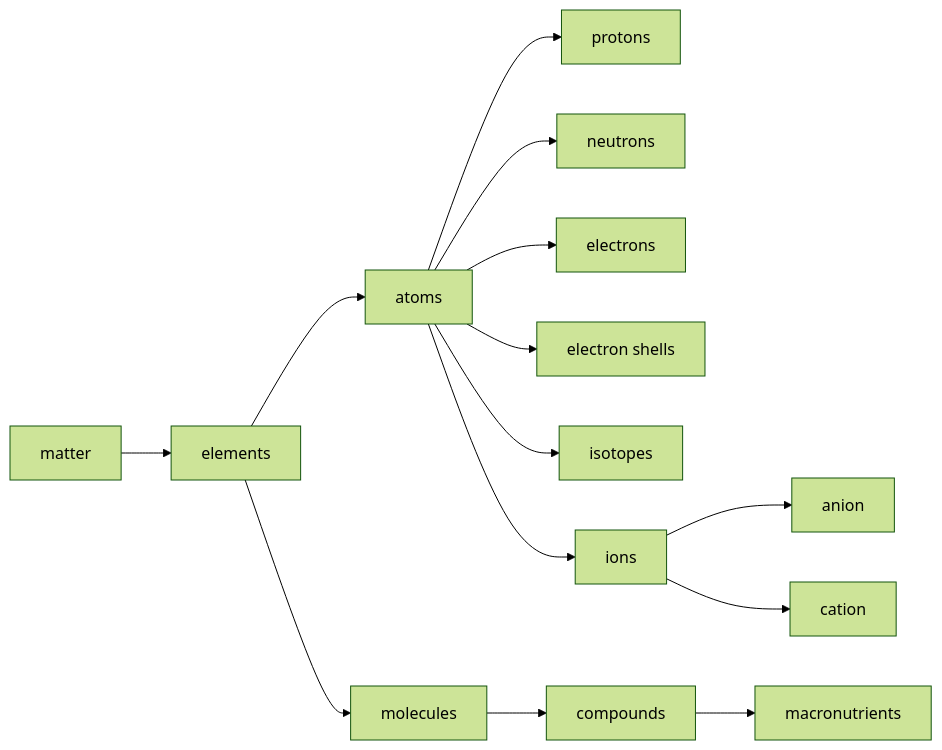
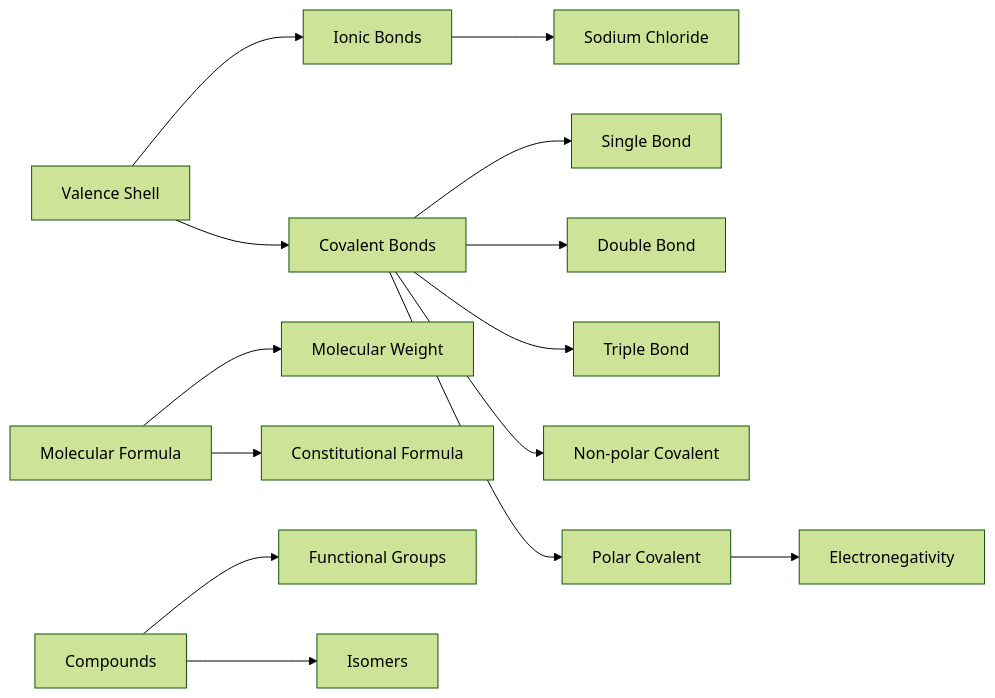
Before and after one commit to shosho-chang/nakama: the third of 13 diagrams in tests/fixtures/golden/bse-ch3-expected/bse-ch3.md, drawn with Mermaid (forest theme). The commit also changed other lines of this file and 150 other files, not shown here.

````diff
--- a/tests/fixtures/golden/bse-ch3-expected/bse-ch3.md
+++ b/tests/fixtures/golden/bse-ch3-expected/bse-ch3.md
@@ -953,16 +972,16 @@
 ```mermaid
 flowchart LR
-  A[matter] --> B[elements]
-  B --> C[atoms]
-  C --> D[protons]
-  C --> E[neutrons]
-  C --> F[electrons]
-  C --> G[electron shells]
-  C --> H[isotopes]
-  C --> I[ions]
-  I --> J[anion]
-  I --> K[cation]
-  B --> L[molecules]
-  L --> M[compounds]
-  M --> N[macronutrients]
+  ValenceShell[Valence Shell] --> IonicBonds[Ionic Bonds]
+  ValenceShell --> CovalentBonds[Covalent Bonds]
+  IonicBonds --> NaCl[Sodium Chloride]
+  CovalentBonds --> Single[Single Bond]
+  CovalentBonds --> Double[Double Bond]
+  CovalentBonds --> Triple[Triple Bond]
+  CovalentBonds --> NonPolar[Non-polar Covalent]
+  CovalentBonds --> Polar[Polar Covalent]
+  Polar --> Electronegativity
+  MolecularFormula[Molecular Formula] --> MolecularWeight[Molecular Weight]
+  MolecularFormula --> ConstitutionalFormula[Constitutional Formula]
+  Compounds --> FunctionalGroups[Functional Groups]
+  Compounds --> Isomers
 ```
````
